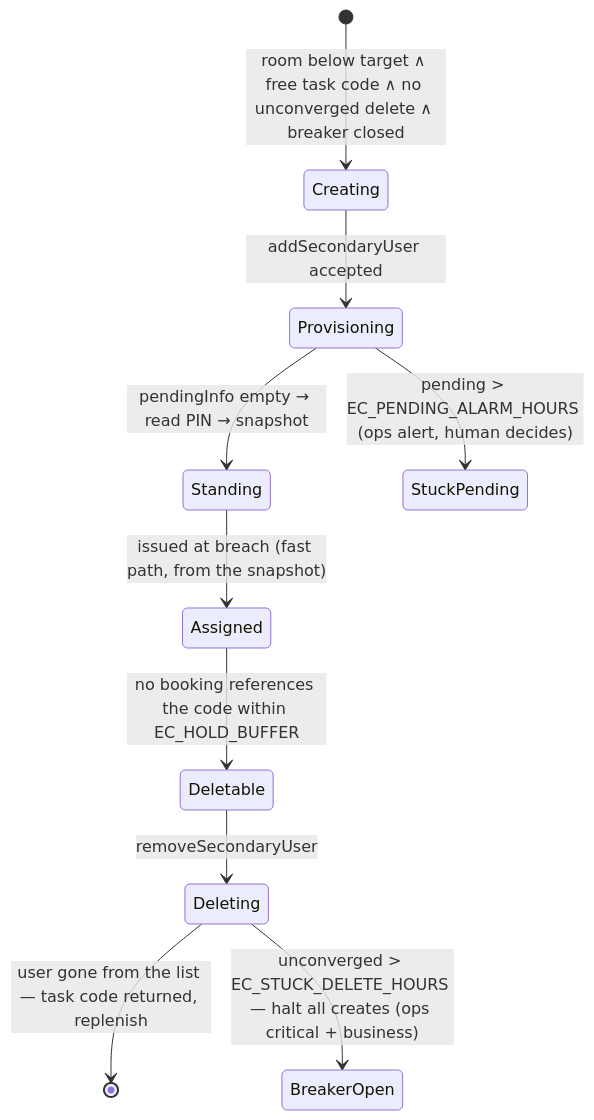
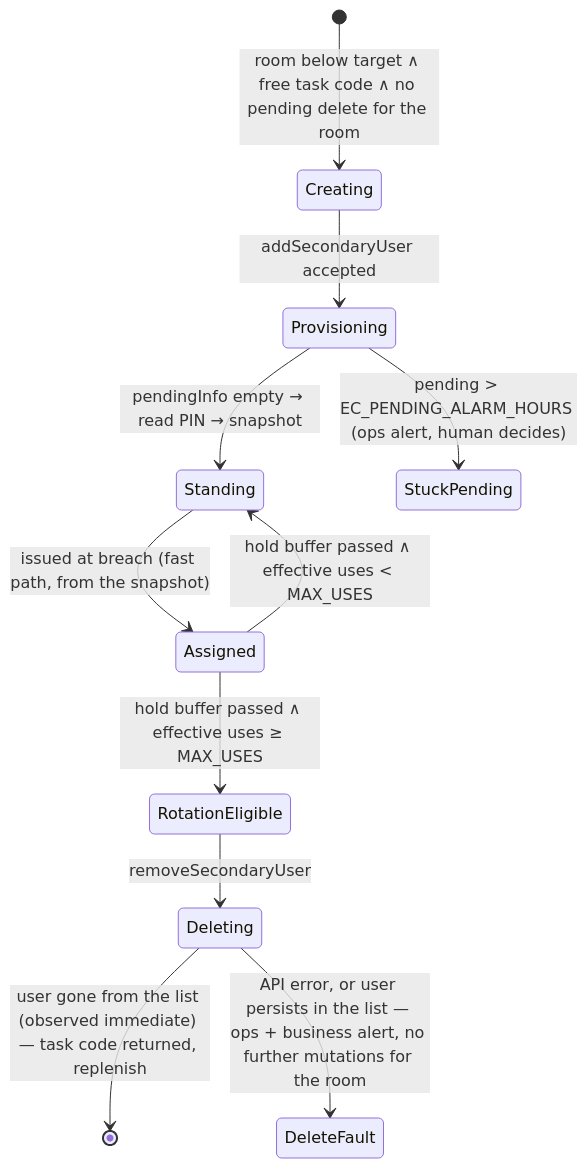
One commit to twin-digital/opus changed the second of 2 diagrams in nodejs/apps/lock-link/docs/architecture.md. Above: the diagram before and after it, drawn with Mermaid. The commit also changed other lines of this file and 1 other file, not shown here.

````diff
--- a/nodejs/apps/lock-link/docs/architecture.md
+++ b/nodejs/apps/lock-link/docs/architecture.md
@@ -422,12 +451,13 @@
 ```mermaid
 stateDiagram-v2
-    [*] --> Creating: room below target ∧ free task code ∧ no unconverged delete ∧ breaker closed
+    [*] --> Creating: room below target ∧ free task code ∧ no pending delete for the room
     Creating --> Provisioning: addSecondaryUser accepted
     Provisioning --> Standing: pendingInfo empty → read PIN → snapshot
     Provisioning --> StuckPending: pending > EC_PENDING_ALARM_HOURS (ops alert, human decides)
     Standing --> Assigned: issued at breach (fast path, from the snapshot)
-    Assigned --> Deletable: no booking references the code within EC_HOLD_BUFFER
-    Deletable --> Deleting: removeSecondaryUser
-    Deleting --> [*]: user gone from the list — task code returned, replenish
-    Deleting --> BreakerOpen: unconverged > EC_STUCK_DELETE_HOURS — halt all creates (ops critical + business)
+    Assigned --> Standing: hold buffer passed ∧ effective uses < MAX_USES
+    Assigned --> RotationEligible: hold buffer passed ∧ effective uses ≥ MAX_USES
+    RotationEligible --> Deleting: removeSecondaryUser
+    Deleting --> [*]: user gone from the list (observed immediate) — task code returned, replenish
+    Deleting --> DeleteFault: API error, or user persists in the list — ops + business alert, no further mutations for the room
 ```
````
